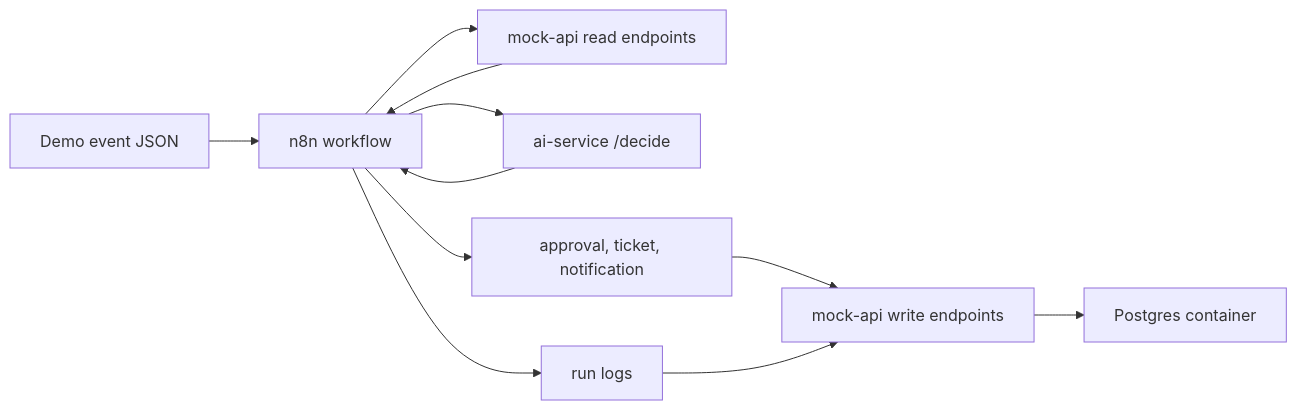
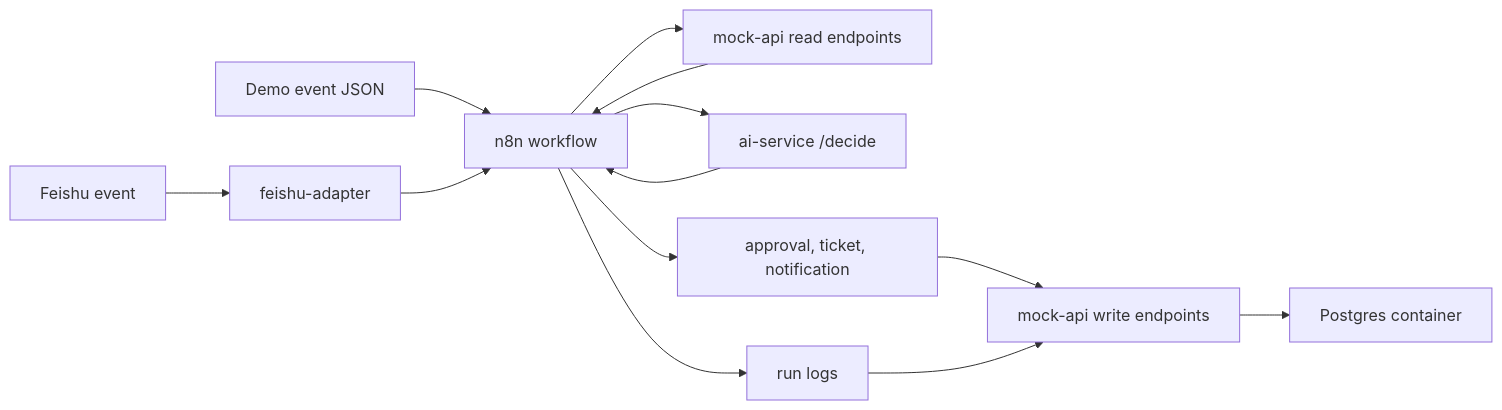
Before and after one commit to talon1126/agent: the diagram in README.md, drawn with Mermaid. The commit also changed other lines of this file and 13 other files, not shown here.

Commit message:
feat: add feishu adapter service

````diff
--- a/README.md
+++ b/README.md
@@ -15,13 +15,15 @@
 ```mermaid
 flowchart LR
     Event["Demo event JSON"] --> N8N["n8n workflow"]
+    Feishu["Feishu event"] --> Adapter["feishu-adapter"]
+    Adapter --> N8N
     N8N --> MockRead["mock-api read endpoints"]
     MockRead --> N8N
     N8N --> AI["ai-service /decide"]
     AI --> N8N
     N8N --> Actions["approval, ticket, notification"]
     N8N --> Logs["run logs"]
     Actions --> MockWrite["mock-api write endpoints"]
     Logs --> MockWrite
     MockWrite --> Postgres["Postgres container"]
 ```
````
